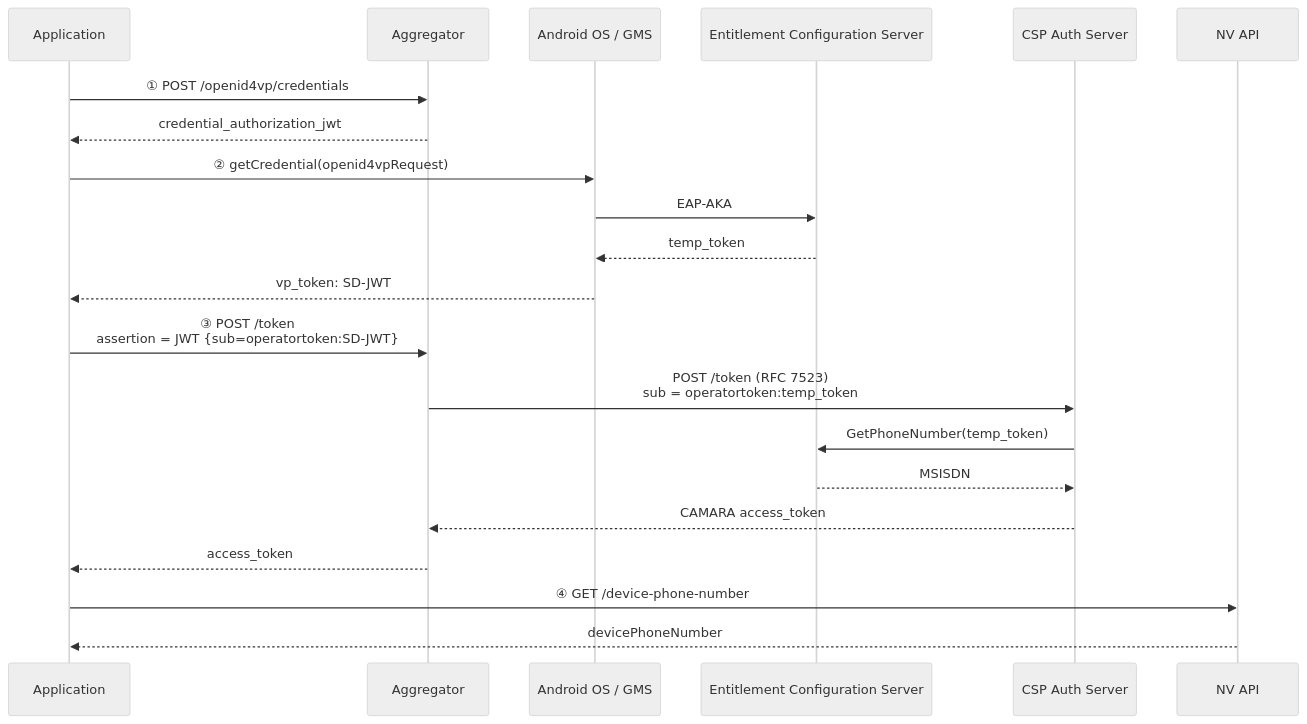
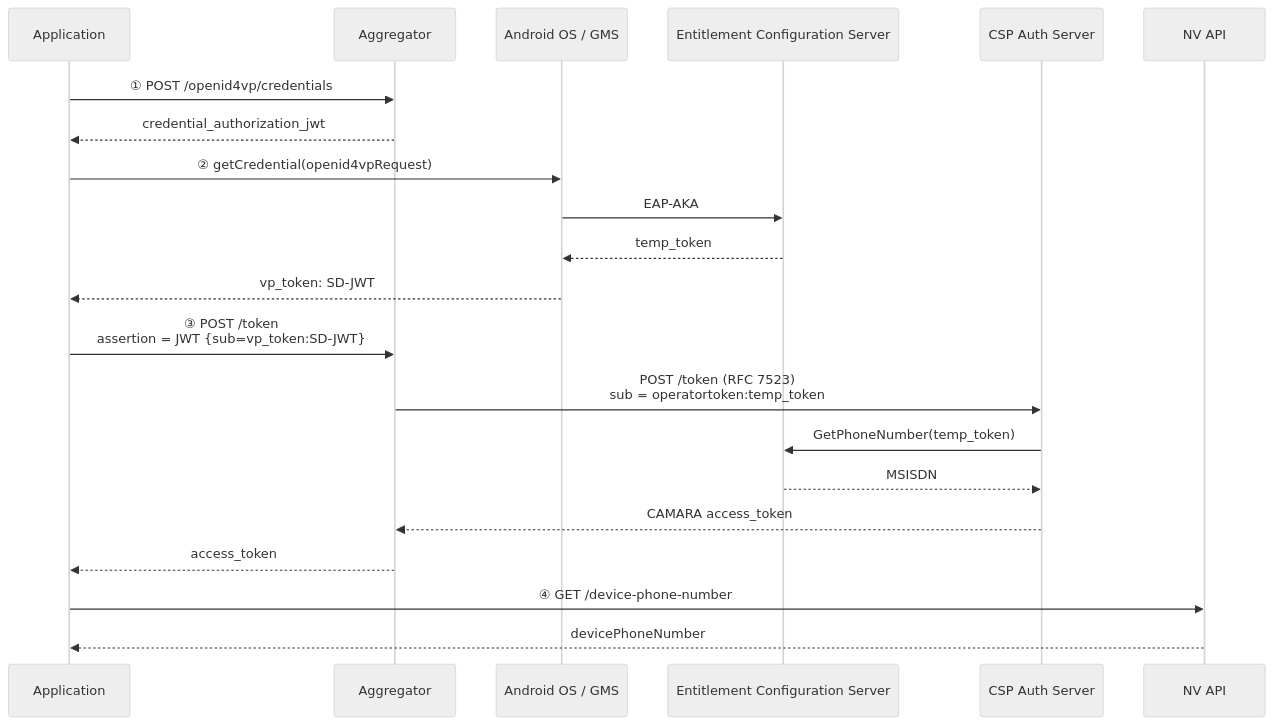
One commit to camaraproject/NumberVerification changed the first of 3 diagrams in documentation/SupportingDocuments/CAMARA Number Verification — Operator Token Acquisition.md. Above: the diagram before and after it, drawn with Mermaid (neutral theme). The commit also changed other lines of this file, not shown here.

Commit message:
reframe NV operator-token whitepaper as an informative guide

````diff
--- a/documentation/SupportingDocuments/CAMARA Number Verification — Operator Token Acquisition.md
+++ b/documentation/SupportingDocuments/CAMARA Number Verification — Operator Token Acquisition.md
@@ -159,27 +163,27 @@
   ```mermaid
   sequenceDiagram
       participant App as Application
       participant V as Aggregator
       participant GMS as Android OS / GMS
       participant ECS as Entitlement Configuration Server
       participant OA as CSP Auth Server
       participant NV as NV API
 
       App->>V: ① POST /openid4vp/credentials
       V-->>App: credential_authorization_jwt
 
       App->>GMS: ② getCredential(openid4vpRequest)
       GMS->>ECS: EAP-AKA
       ECS-->>GMS: temp_token
       GMS-->>App: vp_token: SD-JWT
 
-      App->>V: ③ POST /token<br/>assertion = JWT {sub=operatortoken:SD-JWT}
+      App->>V: ③ POST /token<br/>assertion = JWT {sub=vp_token:SD-JWT}
       V->>OA: POST /token (RFC 7523)<br/>sub = operatortoken:temp_token
       OA->>ECS: GetPhoneNumber(temp_token)
       ECS-->>OA: MSISDN
       OA-->>V: CAMARA access_token
       V-->>App: access_token
 
       App->>NV: ④ GET /device-phone-number
       NV-->>App: devicePhoneNumber
   ```
````
